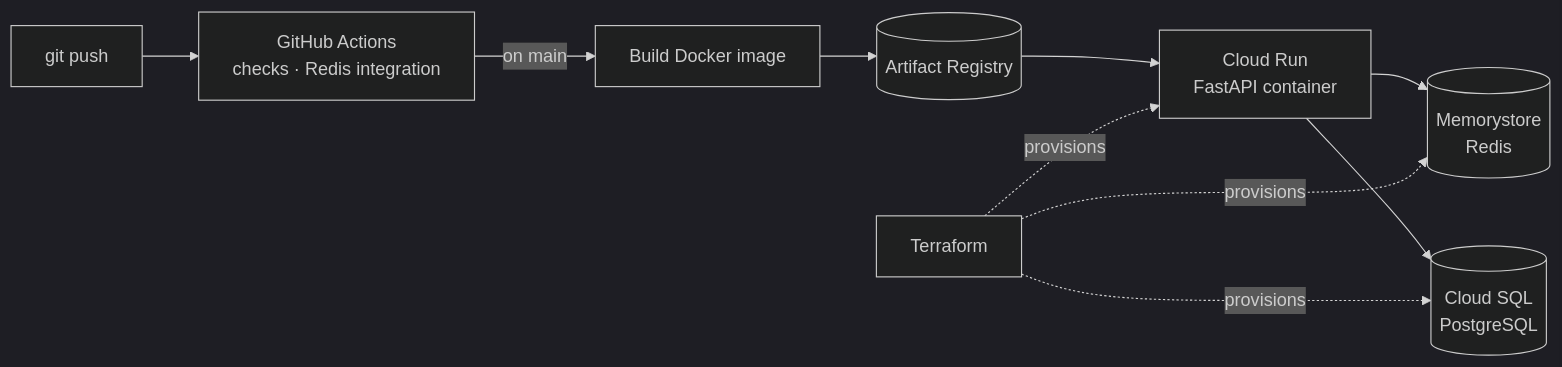
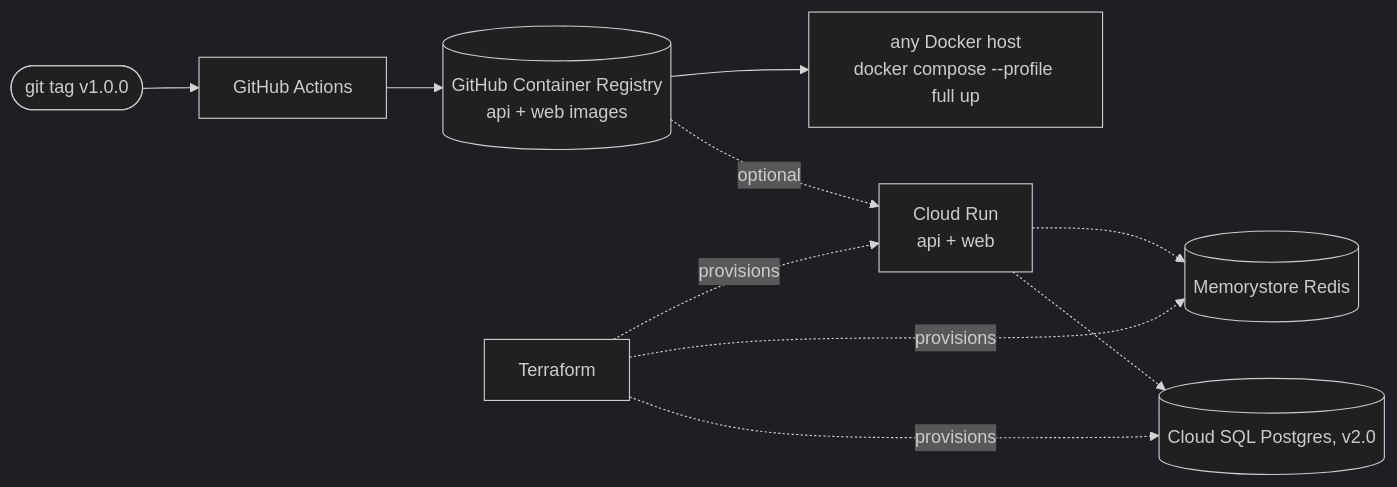
The eighth of 8 diagrams in ARCHITECTURE.md (loktiyur/weather_forecaster), drawn with Mermaid (dark theme) before and after one commit. The commit also changed other lines of this file and 2 other files, not shown here.

Commit message:
chore: Changed the implementation and the architecture structure of the app [TRIVIAL]

````diff
--- a/ARCHITECTURE.md
+++ b/ARCHITECTURE.md
@@ -425,10 +699,10 @@
 ```mermaid
 flowchart LR
-    dev[git push] --> gha[GitHub Actions<br/>checks · Redis integration]
-    gha -- on main --> img[Build Docker image]
-    img --> reg[(Artifact Registry)]
-    reg --> run[Cloud Run<br/>FastAPI container]
-    run --> mem[(Memorystore<br/>Redis)]
-    run --> sql[(Cloud SQL<br/>PostgreSQL)]
+    tag([git tag v1.0.0]) --> gha[GitHub Actions]
+    gha --> ghcr[(GitHub Container Registry<br/>api + web images)]
+    ghcr --> compose["any Docker host<br/>docker compose --profile full up"]
+    ghcr -. optional .-> run["Cloud Run<br/>api + web"]
+    run -.-> mem[(Memorystore Redis)]
+    run -.-> sql[(Cloud SQL Postgres, v2.0)]
     tf[Terraform] -. provisions .-> run & mem & sql
 ```
````
